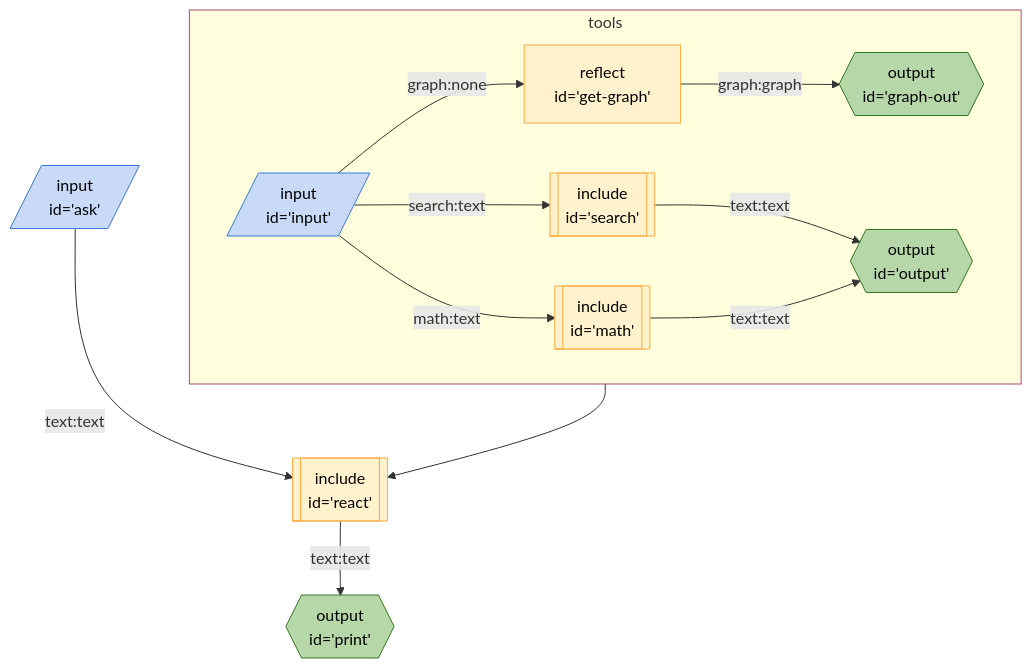
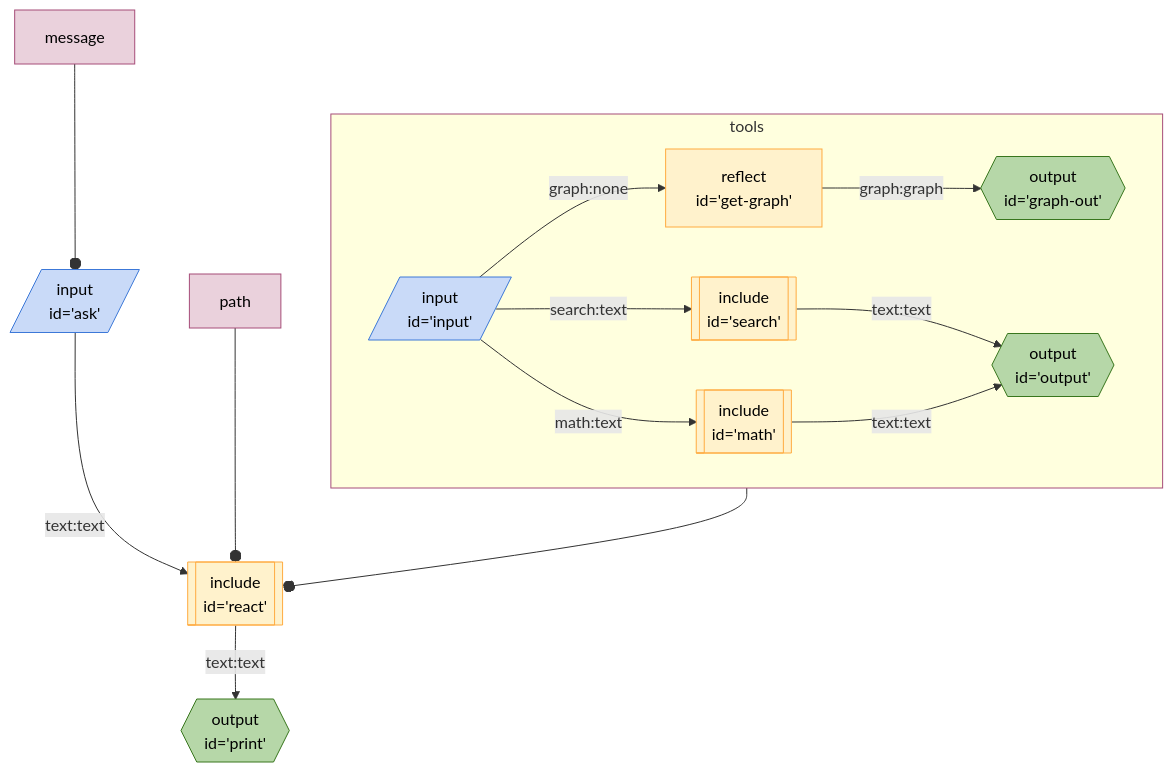
Before and after one commit to breadboard-ai/breadboard: the diagram in seeds/graph-playground/docs/graphs/call-react-with-slot.md, drawn with Mermaid. The commit also changed 15 other files, not shown here.

First line of the commit message:
[graphs] Show `configuration` as constants.

````diff
--- a/seeds/graph-playground/docs/graphs/call-react-with-slot.md
+++ b/seeds/graph-playground/docs/graphs/call-react-with-slot.md
@@ -4,38 +4,42 @@
 ```mermaid
 %%{init: 'themeVariables': { 'fontFamily': 'Fira Code, monospace' }}%%
 graph TD;
 ask[/"input
 id='ask'"/]:::input -- text:text --> react[["include
 id='react'"]]:::include
 react[["include
 id='react'"]]:::include -- text:text --> print{{"output
 id='print'"}}:::output
 subgraph tools
 input[/"input
 id='input'"/]:::input -- math:text --> math[["include
 id='math'"]]:::include
 input[/"input
 id='input'"/]:::input -- graph:none --> getgraph["reflect
 id='get-graph'"]
 getgraph["reflect
 id='get-graph'"] -- graph:graph --> graphout{{"output
 id='graph-out'"}}:::output
 input[/"input
 id='input'"/]:::input -- search:text --> search[["include
 id='search'"]]:::include
 search[["include
 id='search'"]]:::include -- text:text --> output{{"output
 id='output'"}}:::output
 math[["include
 id='math'"]]:::include -- text:text --> output{{"output
 id='output'"}}:::output
 end
-tools:::slotted --> react
+tools:::slotted --o react
+
+messageask[message]:::config --o ask
+pathreact[path]:::config --o react
 
 classDef default stroke:#ffab40,fill:#fff2ccff,color:#000
 classDef input stroke:#3c78d8,fill:#c9daf8ff,color:#000
 classDef output stroke:#38761d,fill:#b6d7a8ff,color:#000
 classDef passthrough stroke:#a64d79,fill:#ead1dcff,color:#000
 classDef slot stroke:#a64d79,fill:#ead1dcff,color:#000
+classDef config stroke:#a64d79,fill:#ead1dcff,color:#000
 classDef slotted stroke:#a64d79
 ```
````
